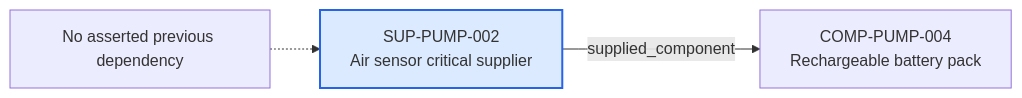
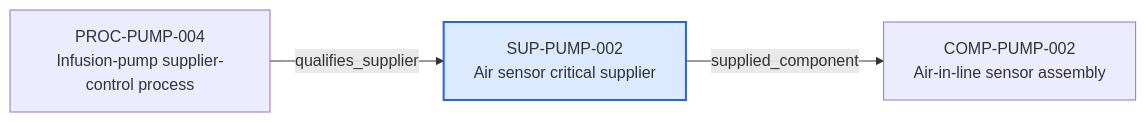
The diagram in content/06-Infpump FlowGuard ontology notes/supplier/SUP-PUMP-002-air-sensor-critical-supplier.md (mvattulainen/mdrontology), drawn with Mermaid before and after one commit. The commit also changed other lines of this file and 321 other files, not shown here.

Commit message:
Implement Mermaid ontology audit findings

````diff
--- a/content/06-Infpump FlowGuard ontology notes/supplier/SUP-PUMP-002-air-sensor-critical-supplier.md
+++ b/content/06-Infpump FlowGuard ontology notes/supplier/SUP-PUMP-002-air-sensor-critical-supplier.md
@@ -71,10 +75,10 @@
 ```mermaid
 flowchart LR
   CURRENT["SUP-PUMP-002<br/>Air sensor critical supplier"]
-  PREV_NONE["No asserted previous dependency"]
-  PREV_NONE -.-> CURRENT
-  NEXT0["COMP-PUMP-004<br/>Rechargeable battery pack"]
+  PREV0["PROC-PUMP-004<br/>Infusion-pump supplier-control process"]
+  PREV0 -->|"qualifies_supplier"| CURRENT
+  NEXT0["COMP-PUMP-002<br/>Air-in-line sensor assembly"]
   CURRENT -->|"supplied_component"| NEXT0
   classDef current fill:#dbeafe,stroke:#2563eb,stroke-width:2px
   class CURRENT current
 ```
````
